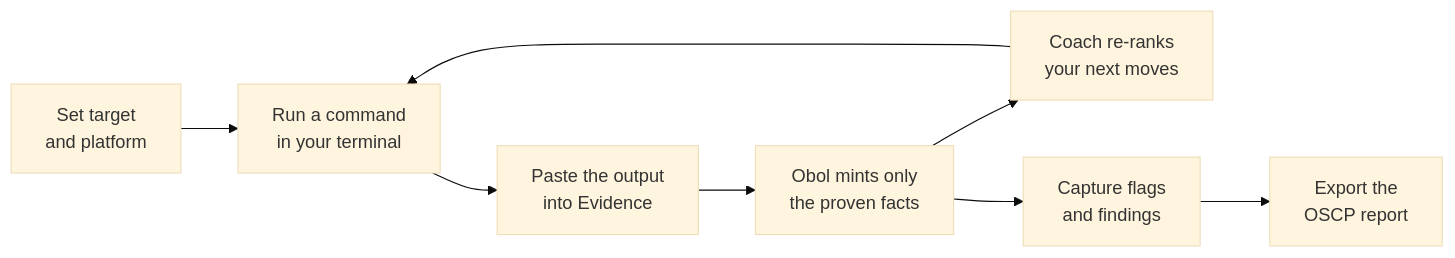
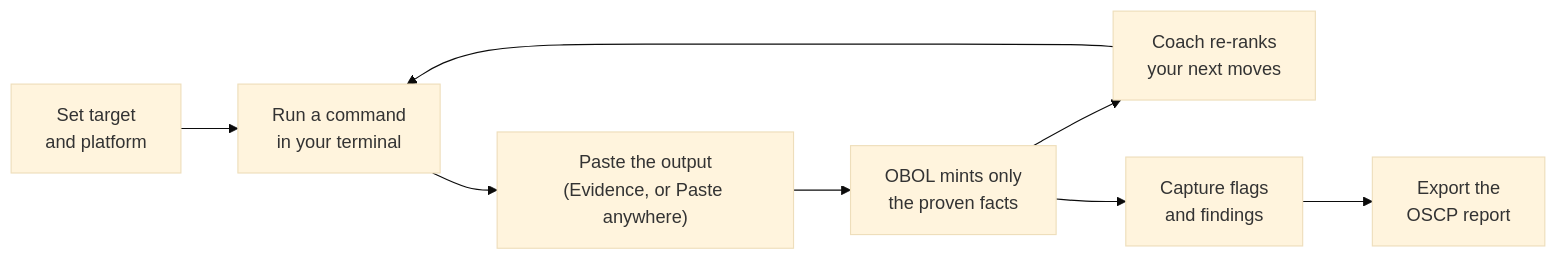
The first of 2 diagrams in README.md (platocres/obol), drawn with Mermaid (base theme) before and after one commit. The commit also changed other lines of this file and 264 other files, not shown here.

````diff
--- a/README.md
+++ b/README.md
@@ -103,10 +67,10 @@
 ```mermaid
 flowchart LR
     s["Set target<br/>and platform"] --> scan["Run a command<br/>in your terminal"]
-    scan --> paste["Paste the output<br/>into Evidence"]
-    paste --> mint["Obol mints only<br/>the proven facts"]
+    scan --> paste["Paste the output<br/>(Evidence, or Paste anywhere)"]
+    paste --> mint["OBOL mints only<br/>the proven facts"]
     mint --> coach["Coach re-ranks<br/>your next moves"]
     coach --> scan
     mint --> flags["Capture flags<br/>and findings"]
     flags --> report["Export the<br/>OSCP report"]
 ```
````
